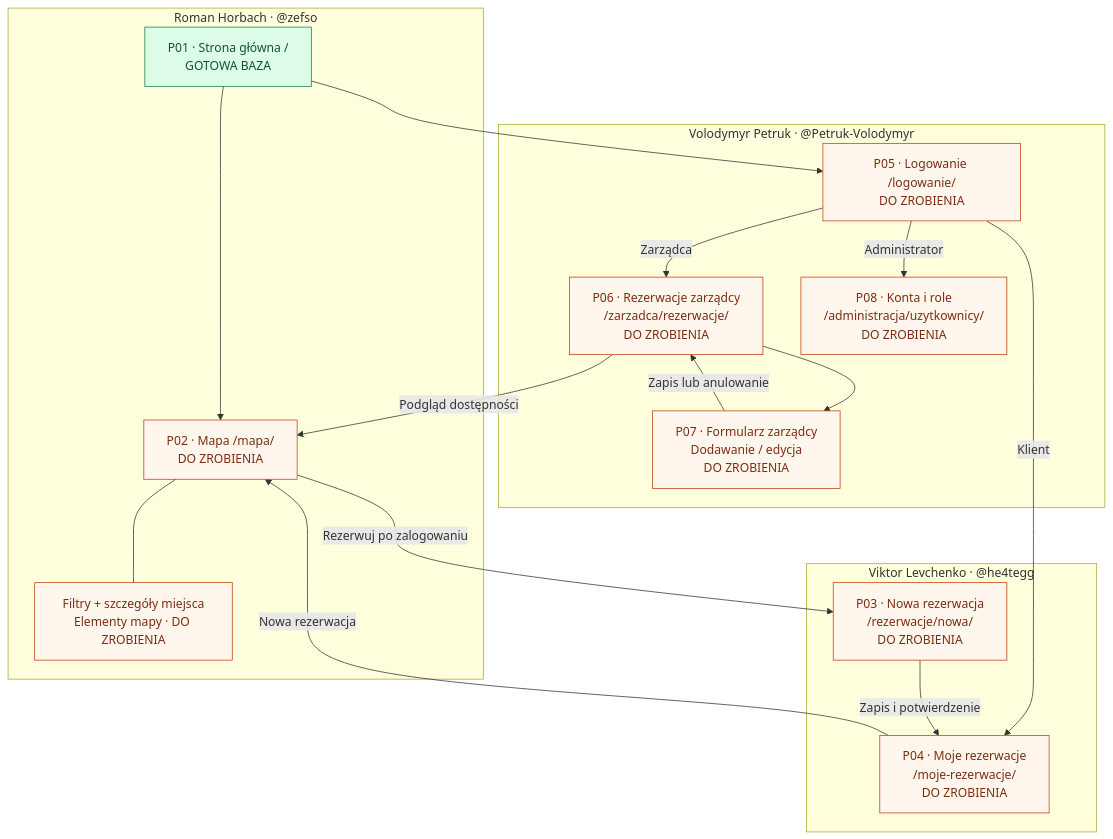
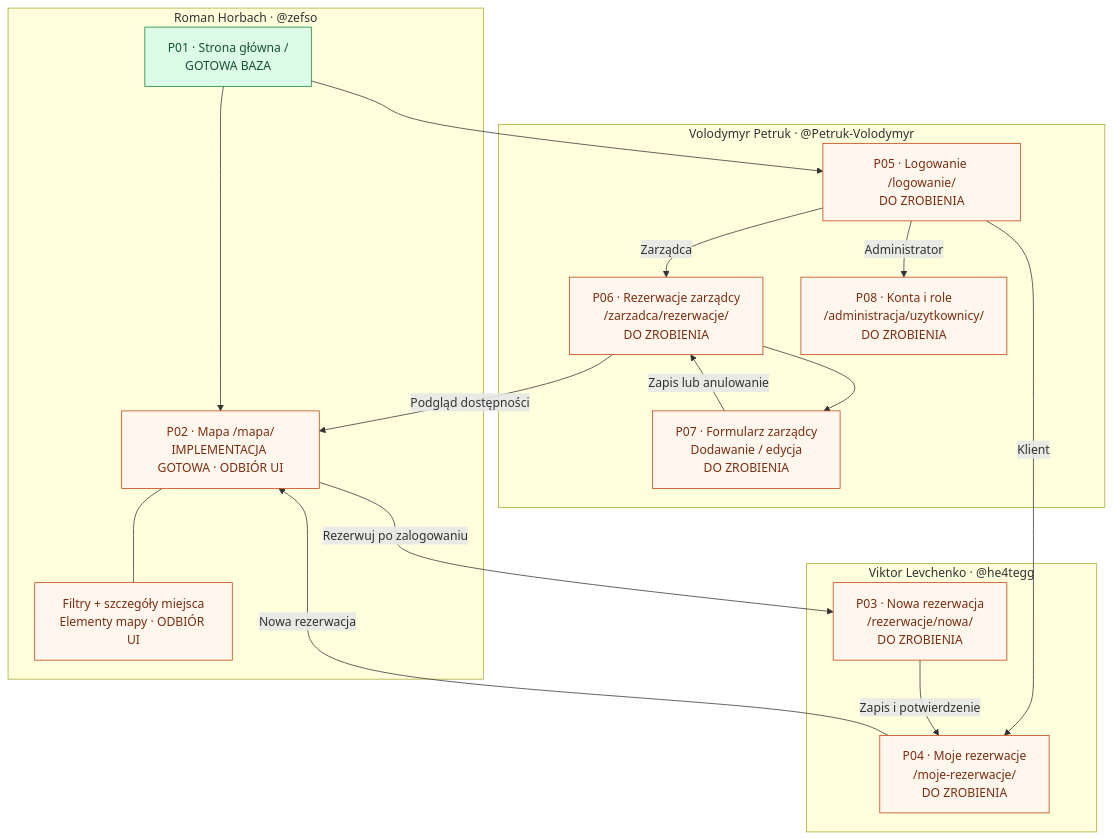
One commit to zefso/CoffinLikeCoffee changed the diagram in docs/mapa-stron.md. Above: the diagram before and after it, drawn with Mermaid. The commit also changed other lines of this file and 23 other files, not shown here.

````diff
--- a/docs/mapa-stron.md
+++ b/docs/mapa-stron.md
@@ -12,34 +12,34 @@
 ```mermaid
 flowchart TD
     subgraph roman["Roman Horbach · @zefso"]
         home["P01 · Strona główna /<br/>GOTOWA BAZA"]
-        map["P02 · Mapa /mapa/<br/>DO ZROBIENIA"]
-        filters["Filtry + szczegóły miejsca<br/>Elementy mapy · DO ZROBIENIA"]
+        map["P02 · Mapa /mapa/<br/>IMPLEMENTACJA GOTOWA · ODBIÓR UI"]
+        filters["Filtry + szczegóły miejsca<br/>Elementy mapy · ODBIÓR UI"]
     end
     subgraph viktor["Viktor Levchenko · @he4tegg"]
         booking["P03 · Nowa rezerwacja<br/>/rezerwacje/nowa/<br/>DO ZROBIENIA"]
         mine["P04 · Moje rezerwacje<br/>/moje-rezerwacje/<br/>DO ZROBIENIA"]
     end
     subgraph volodymyr["Volodymyr Petruk · @Petruk-Volodymyr"]
         login["P05 · Logowanie /logowanie/<br/>DO ZROBIENIA"]
         manager["P06 · Rezerwacje zarządcy<br/>/zarzadca/rezerwacje/<br/>DO ZROBIENIA"]
         edit["P07 · Formularz zarządcy<br/>Dodawanie / edycja<br/>DO ZROBIENIA"]
         accounts["P08 · Konta i role<br/>/administracja/uzytkownicy/<br/>DO ZROBIENIA"]
     end
     home --> map
     map --- filters
     map -->|Rezerwuj po zalogowaniu| booking
     home --> login
     login -->|Klient| mine
     login -->|Zarządca| manager
     login -->|Administrator| accounts
     booking -->|Zapis i potwierdzenie| mine
     mine -->|Nowa rezerwacja| map
     manager --> edit
     edit -->|Zapis lub anulowanie| manager
     manager -->|Podgląd dostępności| map
     classDef base fill:#dcfce7,stroke:#15803d,color:#14532d
     classDef todo fill:#fff7ed,stroke:#c2410c,color:#7c2d12
     class home base
     class map,filters,booking,mine,login,manager,edit,accounts todo
 ```
````
